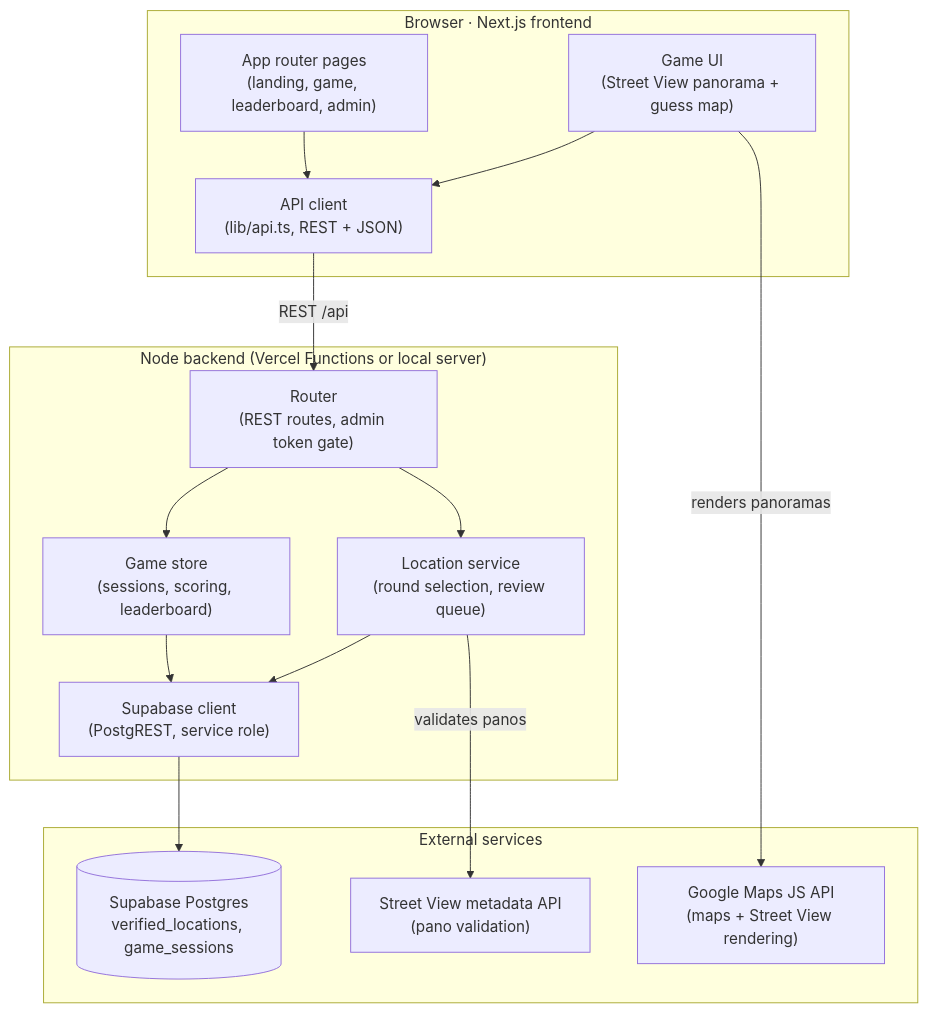
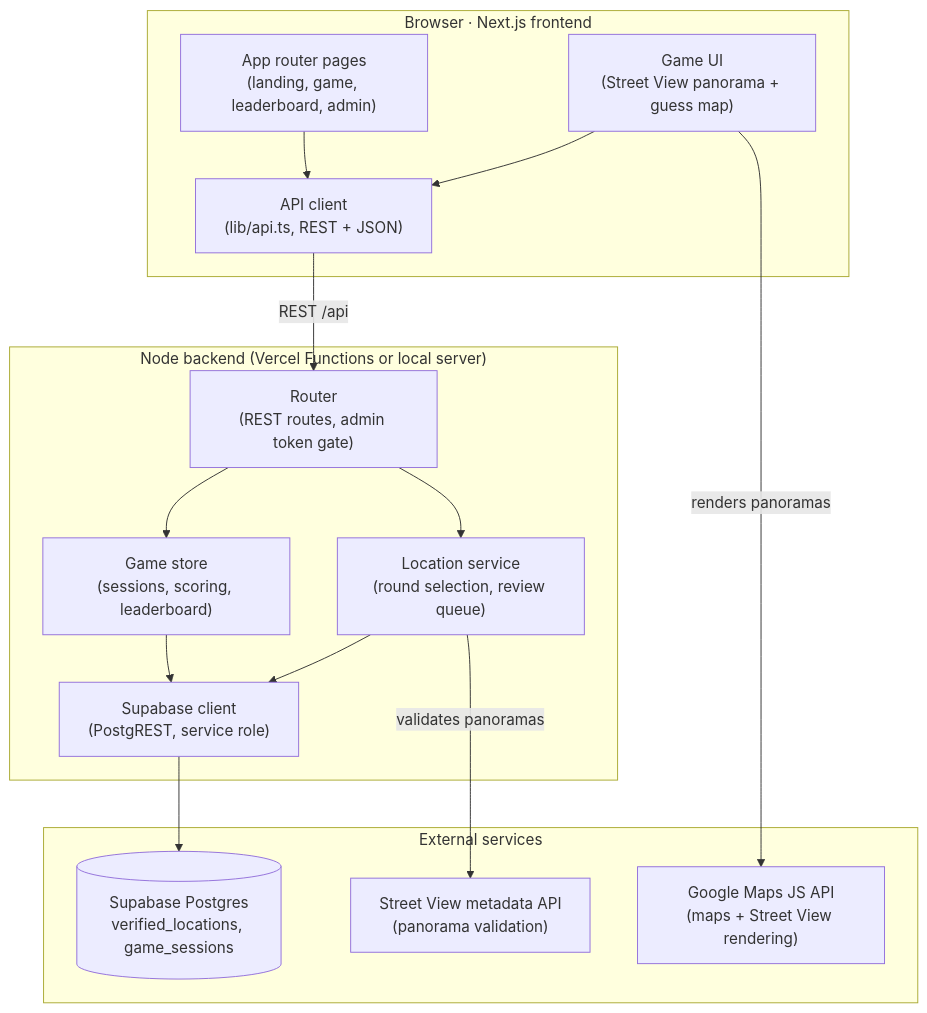
Before and after one commit to YheChen/TorontoGuessr: the diagram in README.md, drawn with Mermaid. The commit also changed other lines of this file, not shown here.

Commit message:
replace pano with panorama in diagram

````diff
--- a/README.md
+++ b/README.md
@@ -16,32 +16,32 @@
 ```mermaid
 flowchart TB
     subgraph Browser["Browser · Next.js frontend"]
         Pages["App router pages<br/>(landing, game, leaderboard, admin)"]
         GameUI["Game UI<br/>(Street View panorama + guess map)"]
         ApiClient["API client<br/>(lib/api.ts, REST + JSON)"]
         Pages --> ApiClient
         GameUI --> ApiClient
     end
 
     subgraph Backend["Node backend (Vercel Functions or local server)"]
         Router["Router<br/>(REST routes, admin token gate)"]
         GameStore["Game store<br/>(sessions, scoring, leaderboard)"]
         LocationService["Location service<br/>(round selection, review queue)"]
         SupabaseClient["Supabase client<br/>(PostgREST, service role)"]
         Router --> GameStore
         Router --> LocationService
         GameStore --> SupabaseClient
         LocationService --> SupabaseClient
     end
 
     subgraph External["External services"]
         MapsJS["Google Maps JS API<br/>(maps + Street View rendering)"]
-        MetadataAPI["Street View metadata API<br/>(pano validation)"]
+        MetadataAPI["Street View metadata API<br/>(panorama validation)"]
         Postgres[("Supabase Postgres<br/>verified_locations, game_sessions")]
     end
 
     ApiClient -- "REST /api" --> Router
     GameUI -- "renders panoramas" --> MapsJS
-    LocationService -- "validates panos" --> MetadataAPI
+    LocationService -- "validates panoramas" --> MetadataAPI
     SupabaseClient --> Postgres
 ```
````
